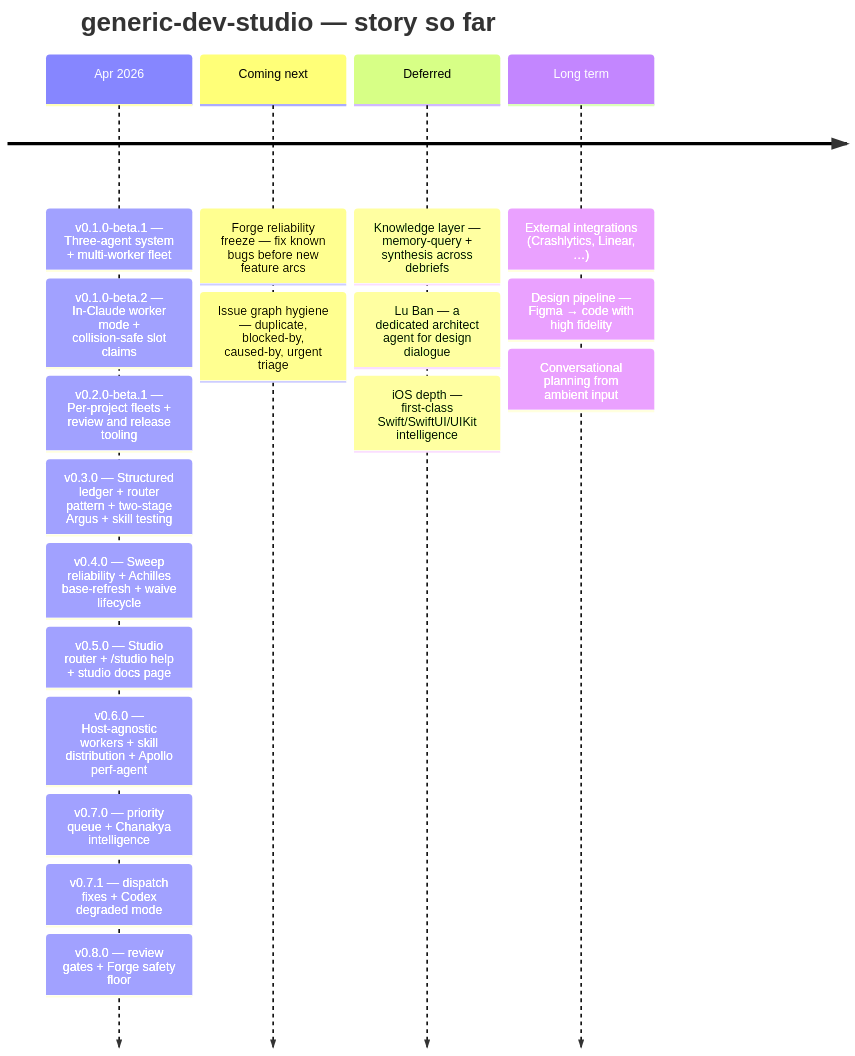
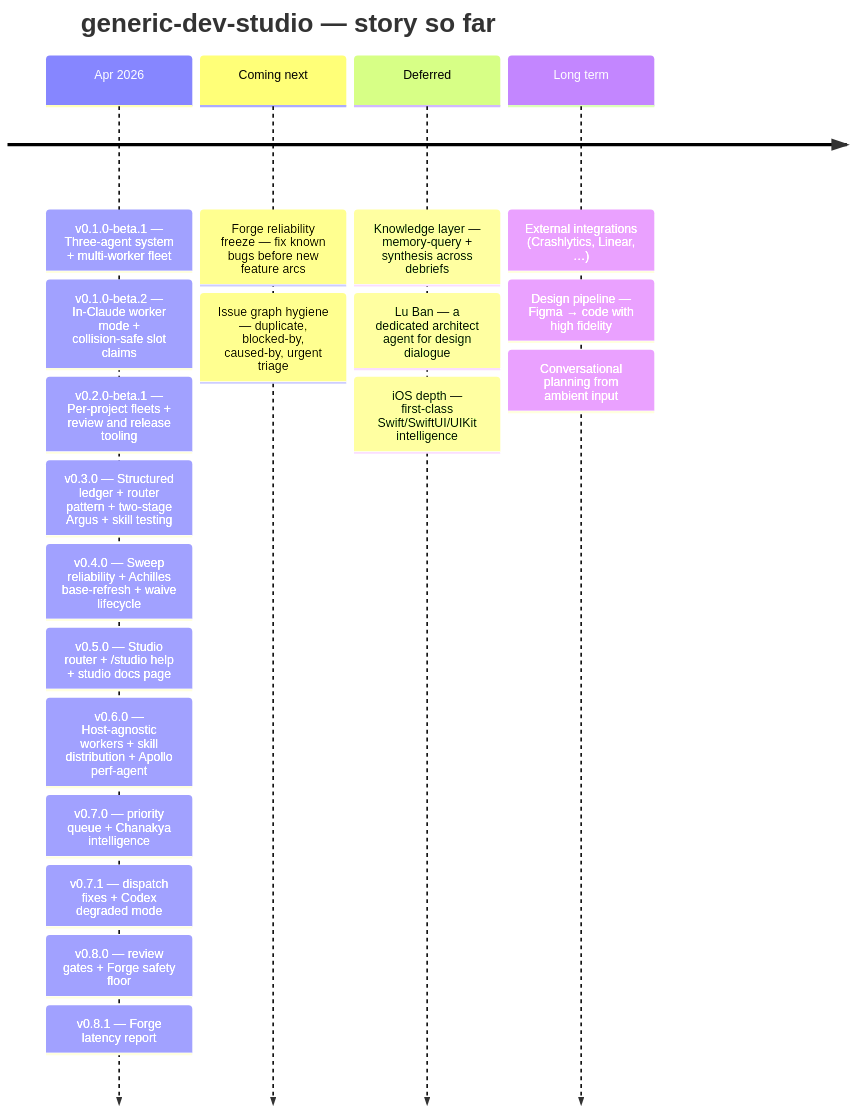
Before and after one commit to v-i-s-h-a-l/generic-dev-studio: the diagram in README.md, drawn with Mermaid. The commit also changed other lines of this file and 5 other files, not shown here.

First line of the commit message:
README: v0.8.1 timeline + release rule update

````diff
--- a/README.md
+++ b/README.md
@@ -13,22 +13,23 @@
 ```mermaid
 timeline
     title generic-dev-studio — story so far
     Apr 2026 : v0.1.0-beta.1 — Three-agent system + multi-worker fleet
              : v0.1.0-beta.2 — In-Claude worker mode + collision-safe slot claims
              : v0.2.0-beta.1 — Per-project fleets + review and release tooling
              : v0.3.0 — Structured ledger + router pattern + two-stage Argus + skill testing
              : v0.4.0 — Sweep reliability + Achilles base-refresh + waive lifecycle
              : v0.5.0 — Studio router + /studio help + studio docs page
              : v0.6.0 — Host-agnostic workers + skill distribution + Apollo perf-agent
              : v0.7.0 — priority queue + Chanakya intelligence
              : v0.7.1 — dispatch fixes + Codex degraded mode
              : v0.8.0 — review gates + Forge safety floor
+             : v0.8.1 — Forge latency report
     Coming next : Forge reliability freeze — fix known bugs before new feature arcs
                 : Issue graph hygiene — duplicate, blocked-by, caused-by, urgent triage
     Deferred : Knowledge layer — memory-query + synthesis across debriefs
              : Lu Ban — a dedicated architect agent for design dialogue
              : iOS depth — first-class Swift/SwiftUI/UIKit intelligence
     Long term : External integrations (Crashlytics, Linear, …)
               : Design pipeline — Figma → code with high fidelity
               : Conversational planning from ambient input
 ```
````
